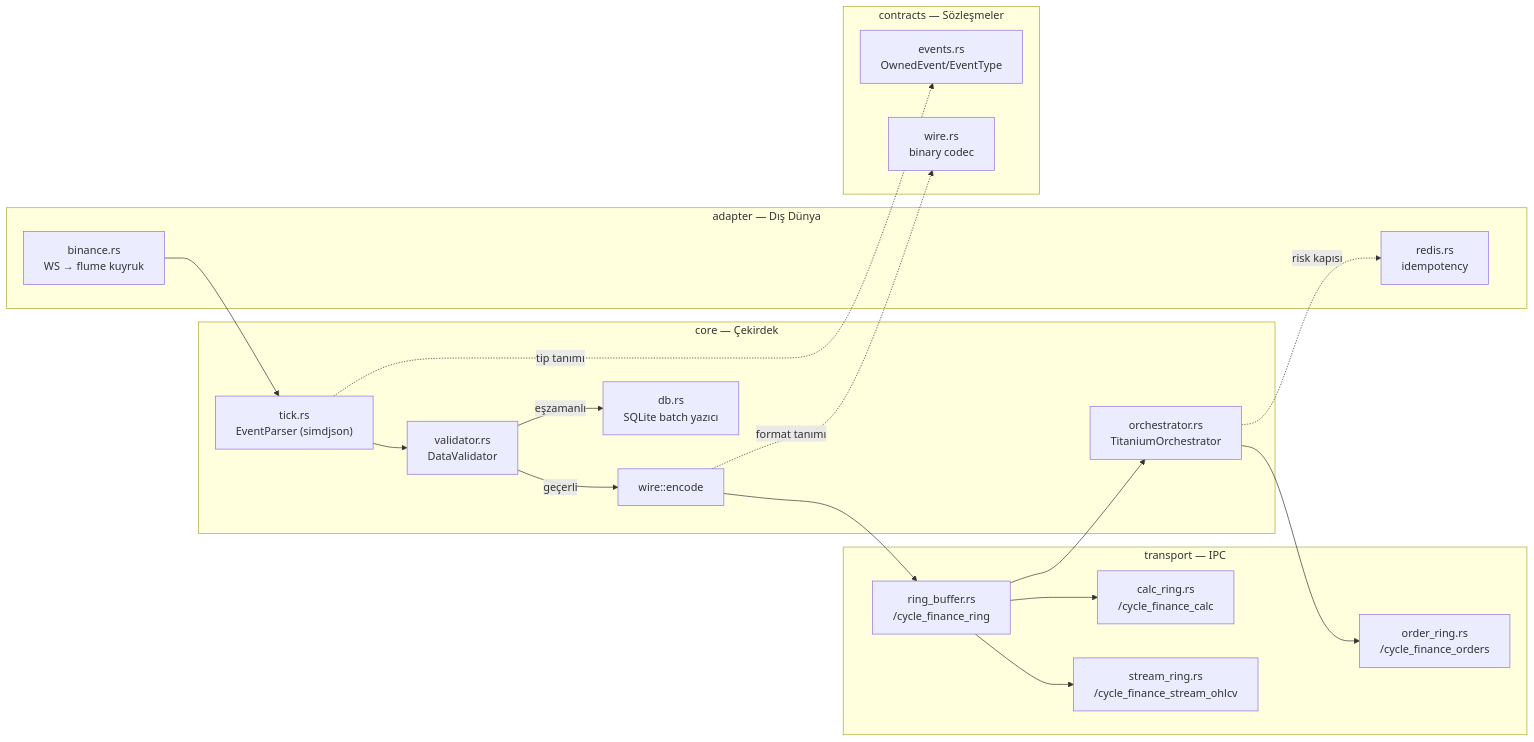
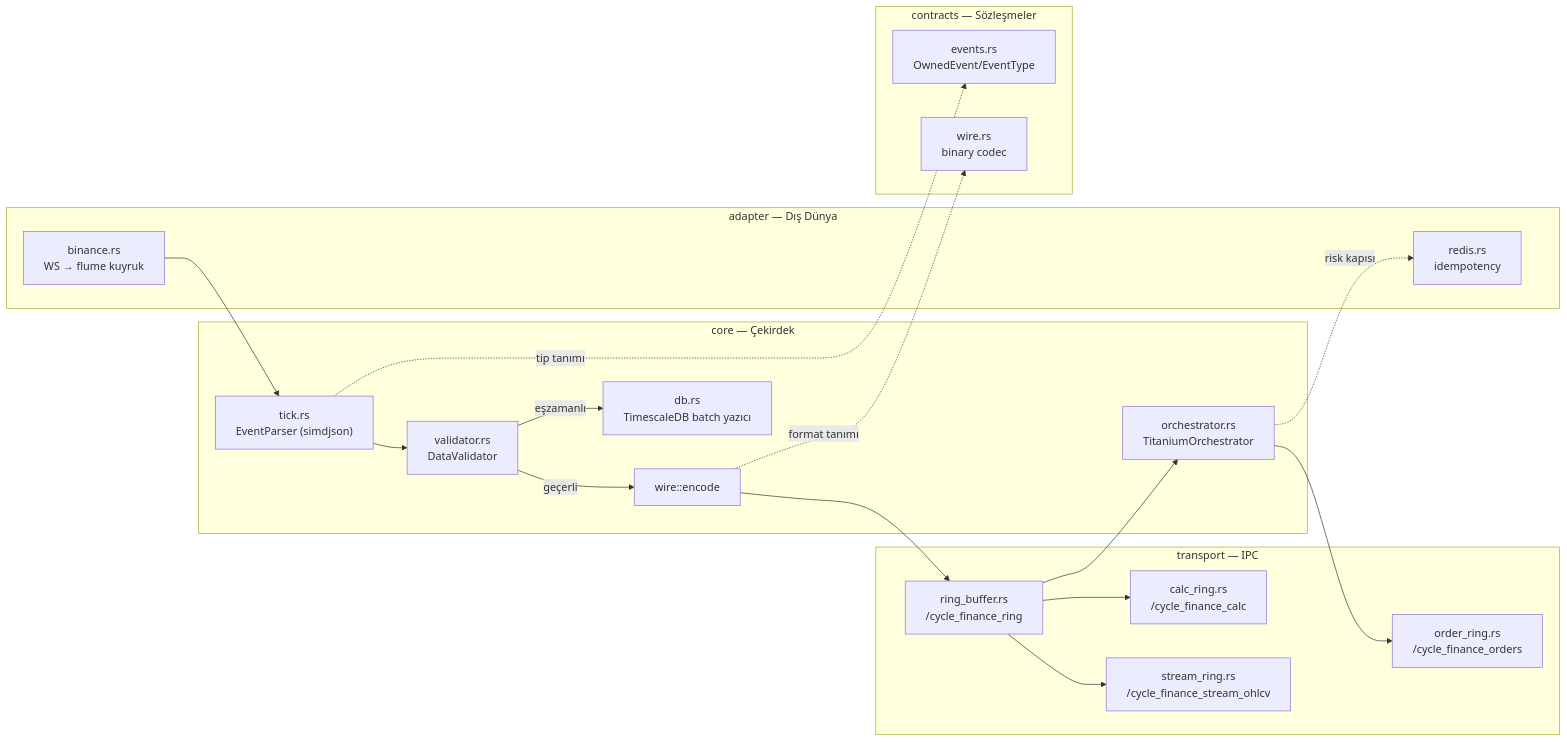
Before and after one commit to Quant-Trade-Lab-Community/cycle_finance_bot: diagram 33 of 33 in docs/CYCLE_ENGINE_DETAYLI_ANALIZ.md, drawn with Mermaid. The commit also changed other lines of this file and 165 other files, not shown here.

Commit message:
docs: remove deleted services' code dumps and update architecture (Bölüm 3, 2, 1); update Cargo.toml workspace; update mermaid flowcharts; remove SQLite refs

````diff
--- a/docs/CYCLE_ENGINE_DETAYLI_ANALIZ.md
+++ b/docs/CYCLE_ENGINE_DETAYLI_ANALIZ.md
@@ -904,36 +904,36 @@
 ```mermaid
 flowchart LR
     subgraph ADAPTER["adapter — Dış Dünya"]
         BIN["binance.rs<br>WS → flume kuyruk"]
         REDIS["redis.rs<br>idempotency"]
     end
     subgraph CORE["core — Çekirdek"]
         PARS["tick.rs<br>EventParser (simdjson)"]
         VAL["validator.rs<br>DataValidator"]
         WIRE1["wire::encode"]
-        DBW["db.rs<br>SQLite batch yazıcı"]
+        DBW["db.rs<br>TimescaleDB batch yazıcı"]
         ORCH["orchestrator.rs<br>TitaniumOrchestrator"]
     end
     subgraph TRANSPORT["transport — IPC"]
         RING["ring_buffer.rs<br>/cycle_finance_ring"]
         ORD["order_ring.rs<br>/cycle_finance_orders"]
         CALC["calc_ring.rs<br>/cycle_finance_calc"]
         STREAM["stream_ring.rs<br>/cycle_finance_stream_ohlcv"]
     end
     subgraph CONTRACTS["contracts — Sözleşmeler"]
         EV["events.rs<br>OwnedEvent/EventType"]
         WIRE["wire.rs<br>binary codec"]
     end
     BIN --> PARS
     PARS --> VAL
     VAL -->|"geçerli"| WIRE1
     WIRE1 --> RING
     VAL -->|"eşzamanlı"| DBW
     RING --> ORCH
     ORCH --> ORD
     RING --> CALC
     RING --> STREAM
     WIRE1 -. "format tanımı" .-> WIRE
     PARS -. "tip tanımı" .-> EV
     ORCH -. "risk kapısı" .-> REDIS
 ```
````
